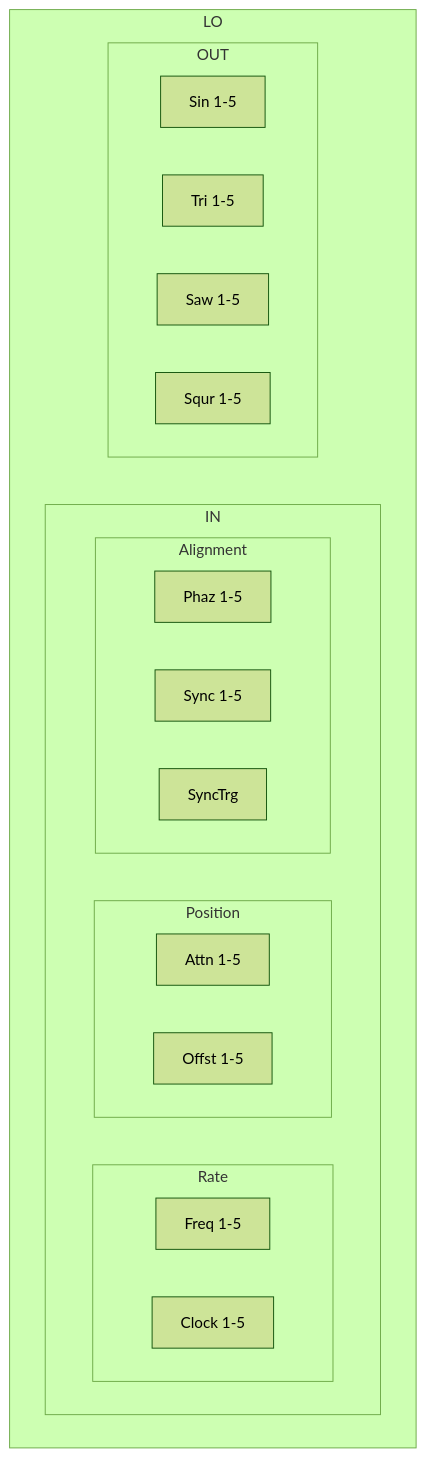
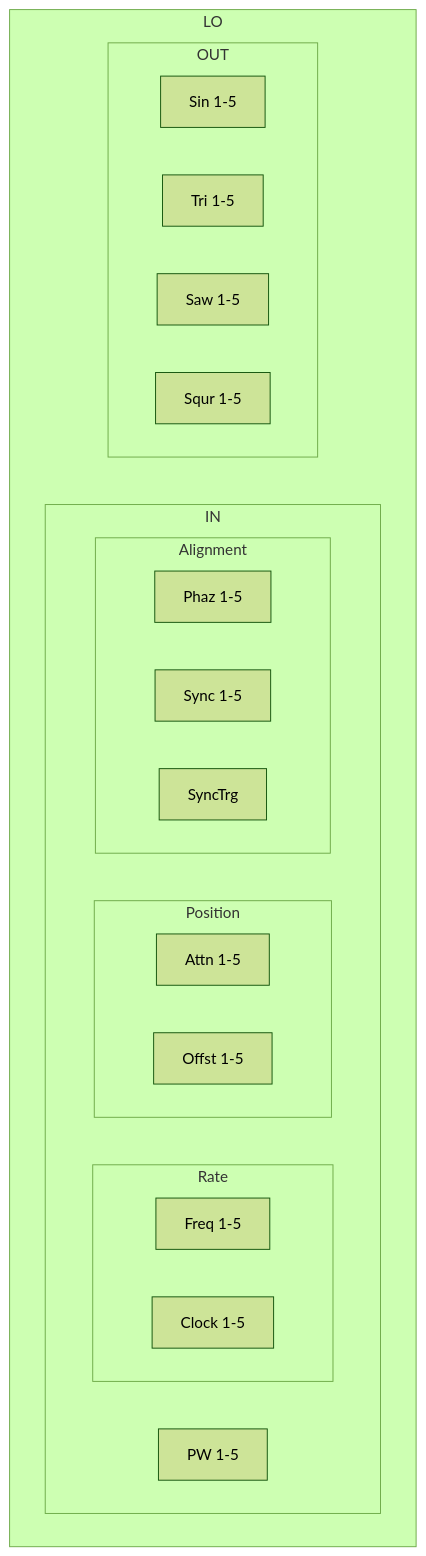
Before and after one commit to acumartini/dectet-public: the ninth of 31 diagrams in README.md, drawn with Mermaid (forest theme). The commit also changed other lines of this file, not shown here.

````diff
--- a/README.md
+++ b/README.md
@@ -1018,31 +1019,32 @@
 ```mermaid
 flowchart TD
   subgraph LO
     subgraph LO_IN[IN]
       direction LR
         subgraph LO_IN_Rate[Rate]
           direction LR
             LO_IN_Freq[Freq 1-5]
             LO_IN_Clock[Clock 1-5]
         end
         subgraph LO_IN_Position[Position]
           direction LR
             LO_IN_Attn[Attn 1-5]
             LO_IN_Offst[Offst 1-5]
         end
         subgraph LO_IN_Alignment[Alignment]
           direction LR
             LO_IN_Phaz[Phaz 1-5]
             LO_IN_Sync[Sync 1-5]
             LO_IN_SyncTrg[SyncTrg]
         end
+        LO_IN_PW[PW 1-5]
     end
     subgraph LO_OUT[OUT]
       direction LR
         LO_OUT_Sin[Sin 1-5]
         LO_OUT_Tri[Tri 1-5]
         LO_OUT_Saw[Saw 1-5]
         LO_OUT_Squr[Squr 1-5]
     end
   end
 ```
````
